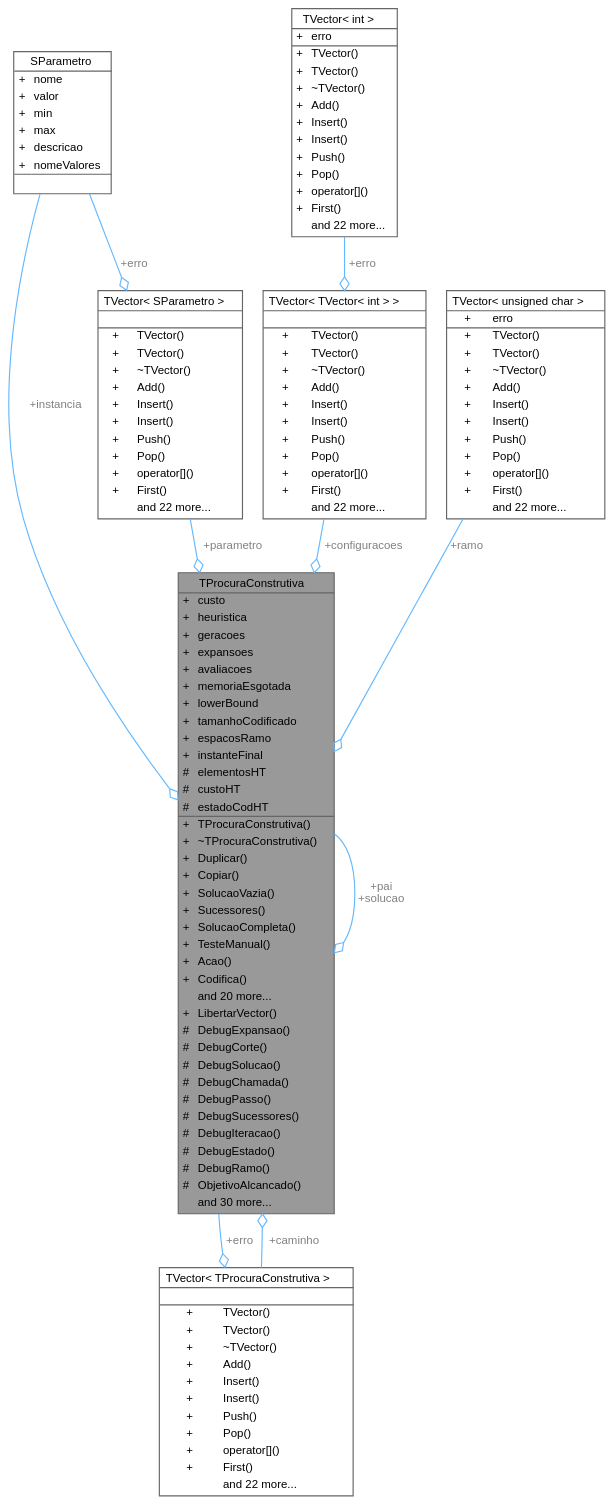
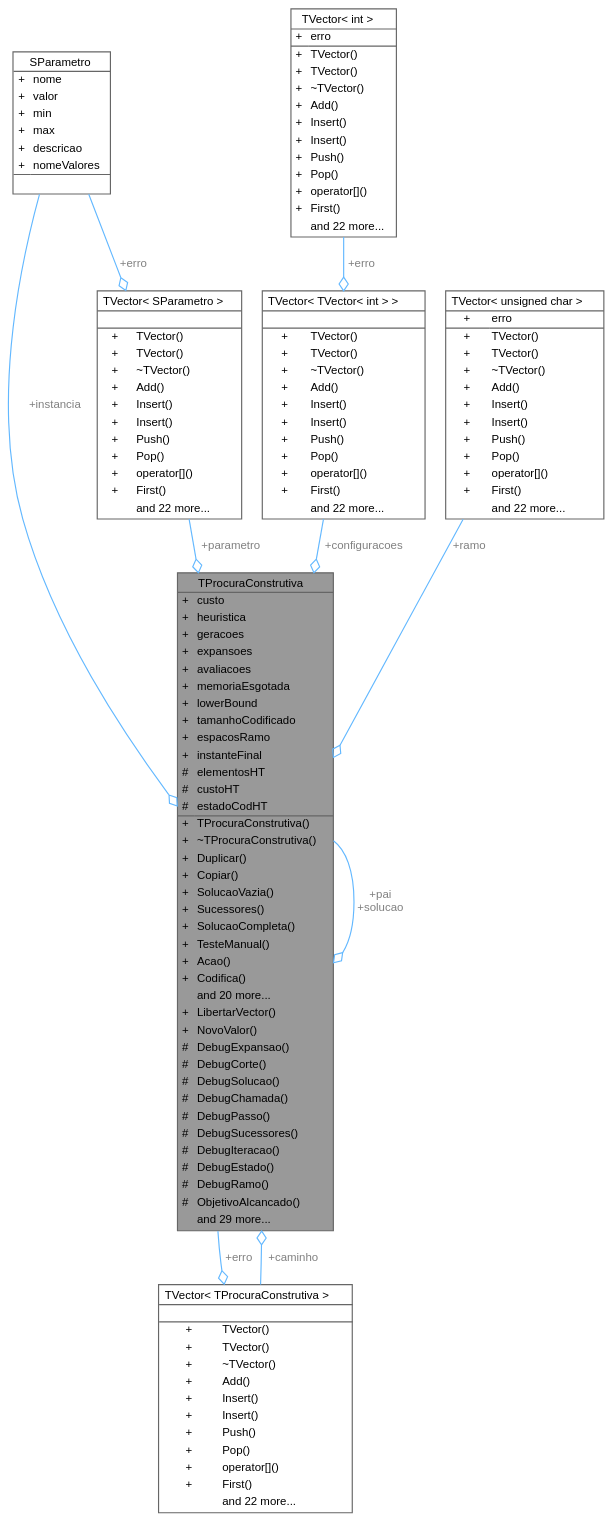
Before and after one commit to jcoelho72/TProcura: the diagram in classTProcuraConstrutiva__coll__graph.dot, drawn with Graphviz. The commit also changed 389 other files, not shown here.

```diff
--- a/classTProcuraConstrutiva__coll__graph.dot
+++ b/classTProcuraConstrutiva__coll__graph.dot
@@ -32,6 +32,7 @@
 <TR><TD VALIGN="top" CELLPADDING="1" CELLSPACING="0">+</TD><TD VALIGN="top" ALIGN="LEFT" CELLPADDING="1" CELLSPACING="0">Codifica()<BR ALIGN="LEFT"/></TD></TR>
 <TR><TD VALIGN="top" CELLPADDING="1" CELLSPACING="0"></TD><TD VALIGN="top" ALIGN="LEFT" CELLPADDING="1" CELLSPACING="0">and 20 more...</TD></TR>
 <TR><TD VALIGN="top" CELLPADDING="1" CELLSPACING="0">+</TD><TD VALIGN="top" ALIGN="LEFT" CELLPADDING="1" CELLSPACING="0">LibertarVector()<BR ALIGN="LEFT"/></TD></TR>
+<TR><TD VALIGN="top" CELLPADDING="1" CELLSPACING="0">+</TD><TD VALIGN="top" ALIGN="LEFT" CELLPADDING="1" CELLSPACING="0">NovoValor()<BR ALIGN="LEFT"/></TD></TR>
 <TR><TD VALIGN="top" CELLPADDING="1" CELLSPACING="0">#</TD><TD VALIGN="top" ALIGN="LEFT" CELLPADDING="1" CELLSPACING="0">DebugExpansao()<BR ALIGN="LEFT"/></TD></TR>
 <TR><TD VALIGN="top" CELLPADDING="1" CELLSPACING="0">#</TD><TD VALIGN="top" ALIGN="LEFT" CELLPADDING="1" CELLSPACING="0">DebugCorte()<BR ALIGN="LEFT"/></TD></TR>
 <TR><TD VALIGN="top" CELLPADDING="1" CELLSPACING="0">#</TD><TD VALIGN="top" ALIGN="LEFT" CELLPADDING="1" CELLSPACING="0">DebugSolucao()<BR ALIGN="LEFT"/></TD></TR>
@@ -42,7 +43,7 @@
 <TR><TD VALIGN="top" CELLPADDING="1" CELLSPACING="0">#</TD><TD VALIGN="top" ALIGN="LEFT" CELLPADDING="1" CELLSPACING="0">DebugEstado()<BR ALIGN="LEFT"/></TD></TR>
 <TR><TD VALIGN="top" CELLPADDING="1" CELLSPACING="0">#</TD><TD VALIGN="top" ALIGN="LEFT" CELLPADDING="1" CELLSPACING="0">DebugRamo()<BR ALIGN="LEFT"/></TD></TR>
 <TR><TD VALIGN="top" CELLPADDING="1" CELLSPACING="0">#</TD><TD VALIGN="top" ALIGN="LEFT" CELLPADDING="1" CELLSPACING="0">ObjetivoAlcancado()<BR ALIGN="LEFT"/></TD></TR>
-<TR><TD VALIGN="top" CELLPADDING="1" CELLSPACING="0"></TD><TD VALIGN="top" ALIGN="LEFT" CELLPADDING="1" CELLSPACING="0">and 30 more...</TD></TR>
+<TR><TD VALIGN="top" CELLPADDING="1" CELLSPACING="0"></TD><TD VALIGN="top" ALIGN="LEFT" CELLPADDING="1" CELLSPACING="0">and 29 more...</TD></TR>
 </TABLE>>
 ,height=0.2,width=0.4,color="gray40", fillcolor="grey60", style="filled", fontcolor="black",tooltip="Representa um estado no espaço de estados."];
   Node1 -> Node1 [id="edge10_Node000001_Node000001",color="steelblue1",style="solid",tooltip=" ",label=" +pai\n+solucao",fontcolor="grey" ,arrowhead="odiamond"];
```
